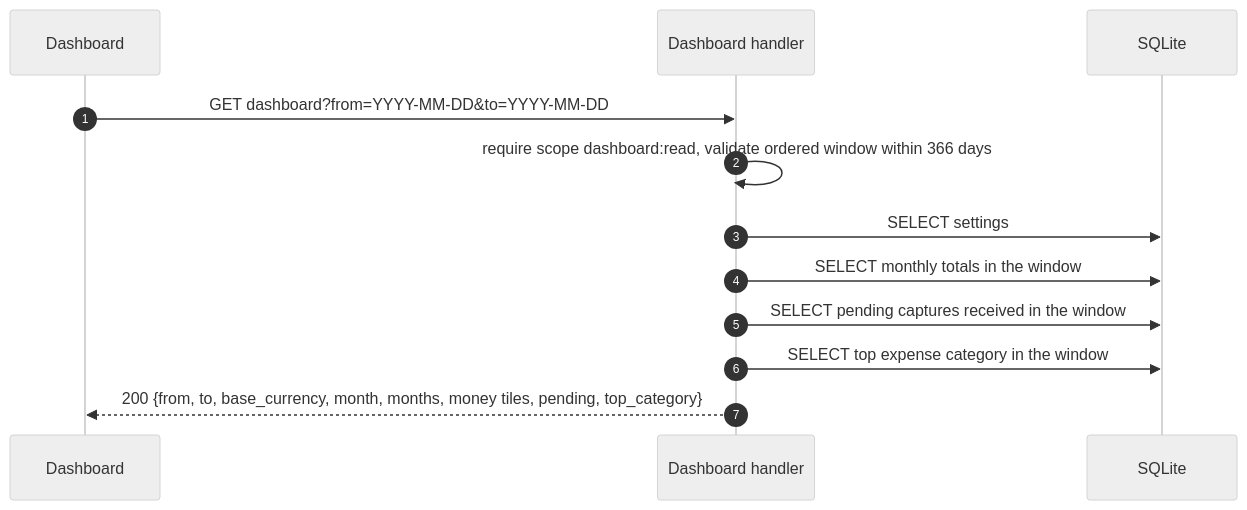
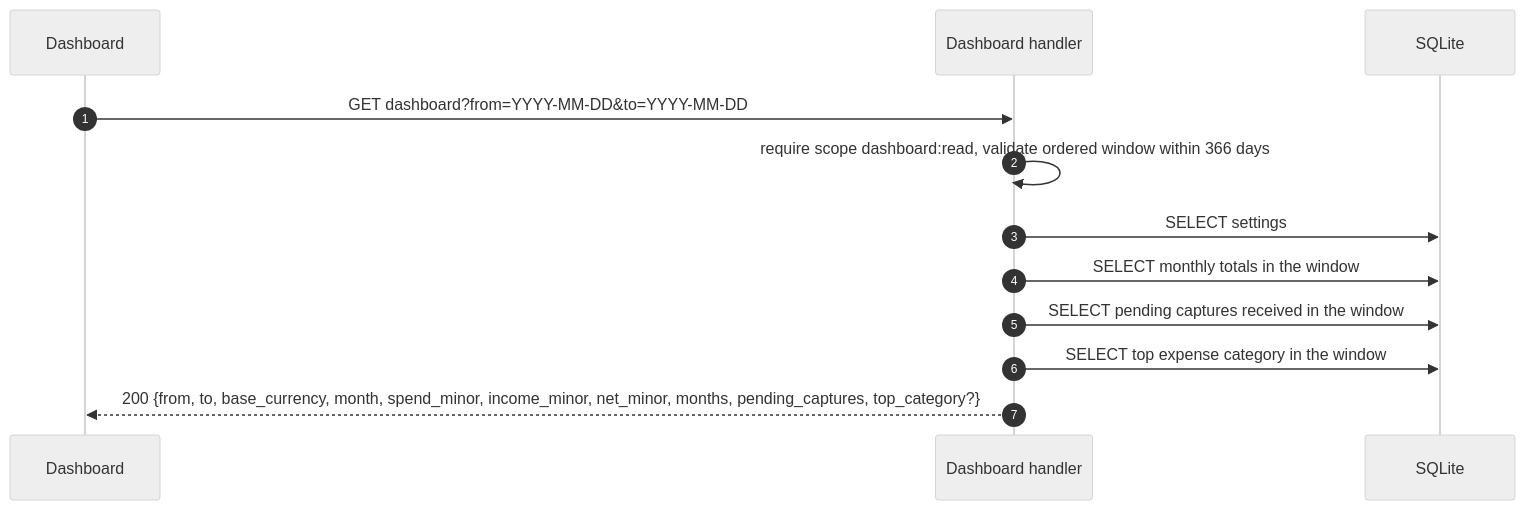
Before and after one commit to dimasbaguspm/spenicle: diagram 17 of 20 in docs/v2-api.md, drawn with Mermaid (neutral theme). The commit also changed other lines of this file and 44 other files, not shown here.

````diff
--- a/docs/v2-api.md
+++ b/docs/v2-api.md
@@ -886,14 +927,14 @@
 ```mermaid
 sequenceDiagram
     autonumber
     participant UI as Dashboard
     participant API as Dashboard handler
     participant DB as SQLite
     UI->>API: GET dashboard?from=YYYY-MM-DD&to=YYYY-MM-DD
     API->>API: require scope dashboard:read, validate ordered window within 366 days
     API->>DB: SELECT settings
     API->>DB: SELECT monthly totals in the window
     API->>DB: SELECT pending captures received in the window
     API->>DB: SELECT top expense category in the window
-    API-->>UI: 200 {from, to, base_currency, month, months, money tiles, pending, top_category}
+    API-->>UI: 200 {from, to, base_currency, month, spend_minor, income_minor, net_minor, months, pending_captures, top_category?}
 ```
````
